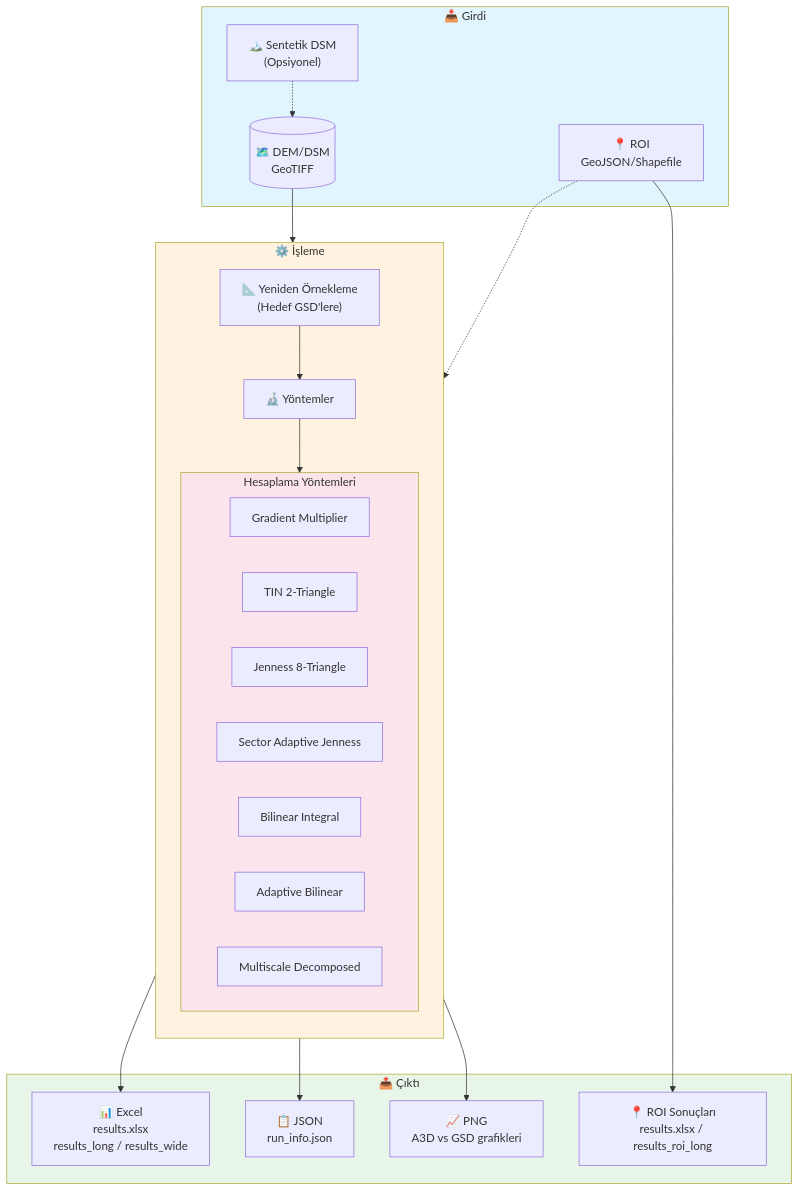
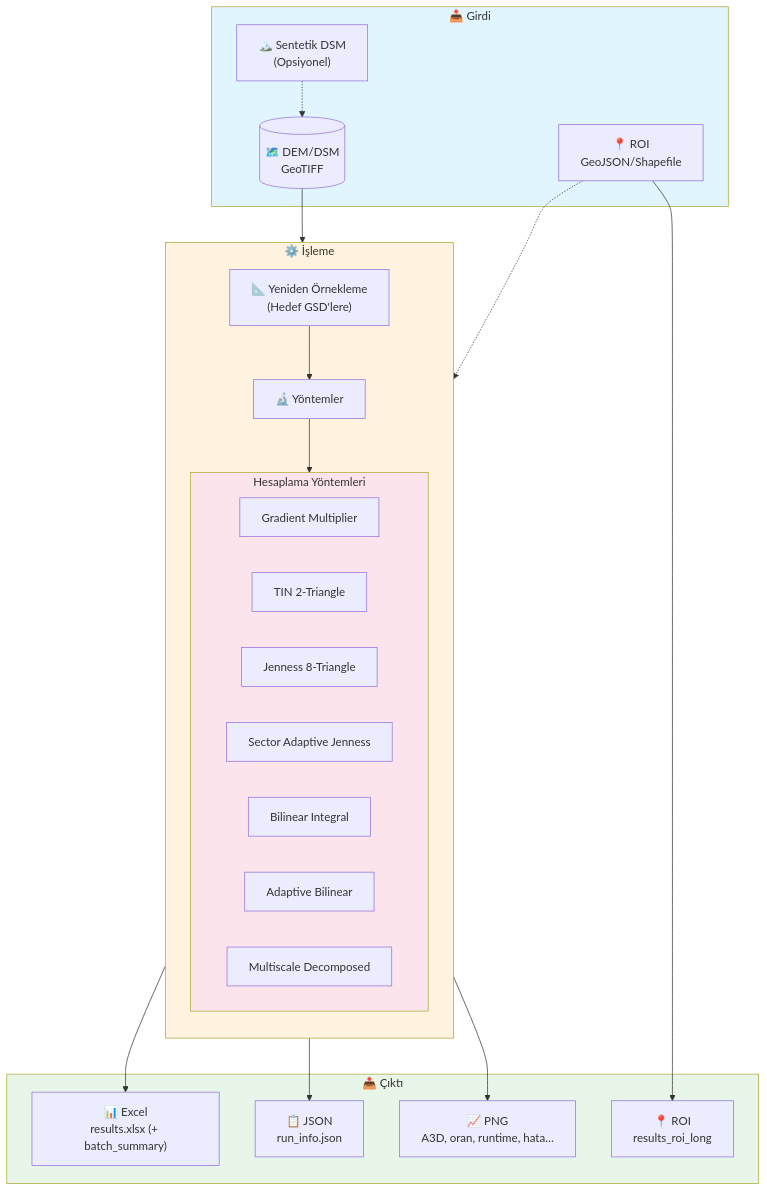
Before and after one commit to elestirmen/yuzey_alani_hesaplama: the first of 2 diagrams in README.md, drawn with Mermaid. The commit also changed other lines of this file and 422 other files, not shown here.

````diff
--- a/README.md
+++ b/README.md
@@ -131,47 +145,47 @@
 ```mermaid
 flowchart TB
     subgraph INPUT["📥 Girdi"]
         DEM[("🗺️ DEM/DSM<br/>GeoTIFF")]
         SYNTH["🏔️ Sentetik DSM<br/>(Opsiyonel)"]
         ROI["📍 ROI<br/>GeoJSON/Shapefile"]
     end
 
     subgraph PROCESS["⚙️ İşleme"]
         direction TB
         RESAMPLE["📐 Yeniden Örnekleme<br/>(Hedef GSD'lere)"]
         METHODS["🔬 Yöntemler"]
         
         subgraph METHODS_DETAIL["Hesaplama Yöntemleri"]
             M1["Gradient Multiplier"]
             M2["TIN 2-Triangle"]
             M3["Jenness 8-Triangle"]
             M4["Sector Adaptive Jenness"]
             M5["Bilinear Integral"]
             M6["Adaptive Bilinear"]
             M7["Multiscale Decomposed"]
         end
     end
 
     subgraph OUTPUT["📤 Çıktı"]
-        XLSX["📊 Excel<br/>results.xlsx<br/>results_long / results_wide"]
+        XLSX["📊 Excel<br/>results.xlsx (+ batch_summary)"]
         JSON["📋 JSON<br/>run_info.json"]
-        PLOTS["📈 PNG<br/>A3D vs GSD grafikleri"]
-        ROI_OUT["📍 ROI Sonuçları<br/>results.xlsx / results_roi_long"]
+        PLOTS["📈 PNG<br/>A3D, oran, runtime, hata…"]
+        ROI_OUT["📍 ROI<br/>results_roi_long"]
     end
 
     DEM --> RESAMPLE
     SYNTH -.-> DEM
     RESAMPLE --> METHODS
     METHODS --> METHODS_DETAIL
     ROI -.-> METHODS
     
     METHODS_DETAIL --> XLSX
     METHODS_DETAIL --> JSON
     METHODS_DETAIL --> PLOTS
     ROI --> ROI_OUT
 
     style INPUT fill:#e1f5fe
     style PROCESS fill:#fff3e0
     style OUTPUT fill:#e8f5e9
     style METHODS_DETAIL fill:#fce4ec
 ```
````
